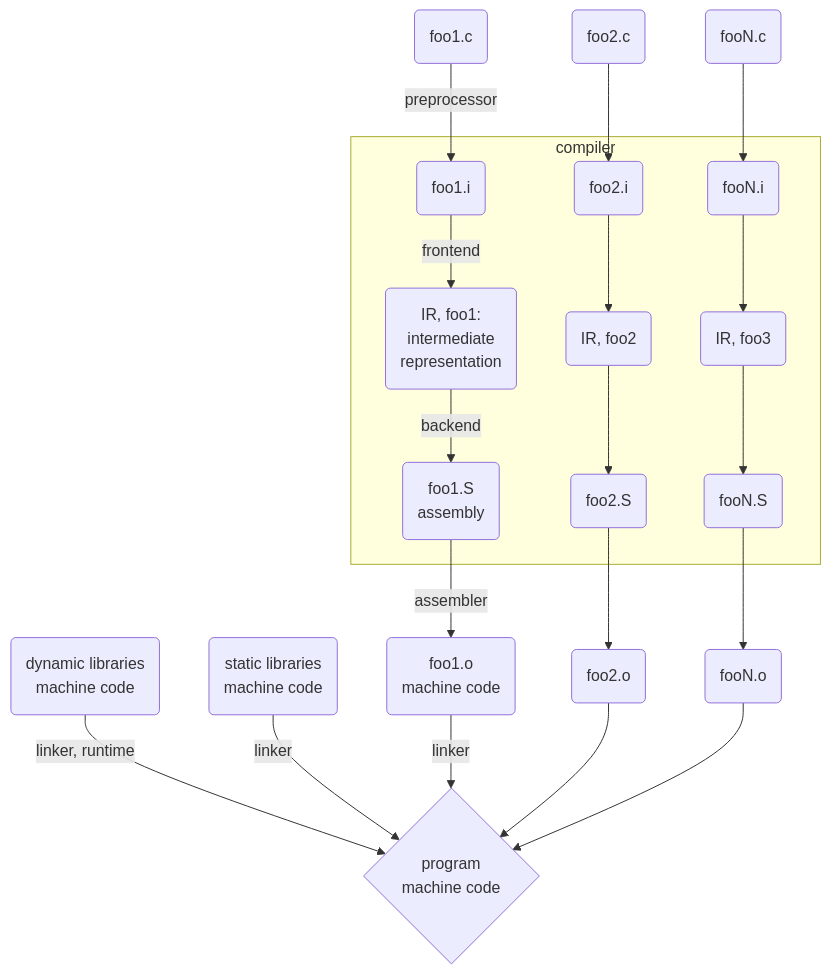
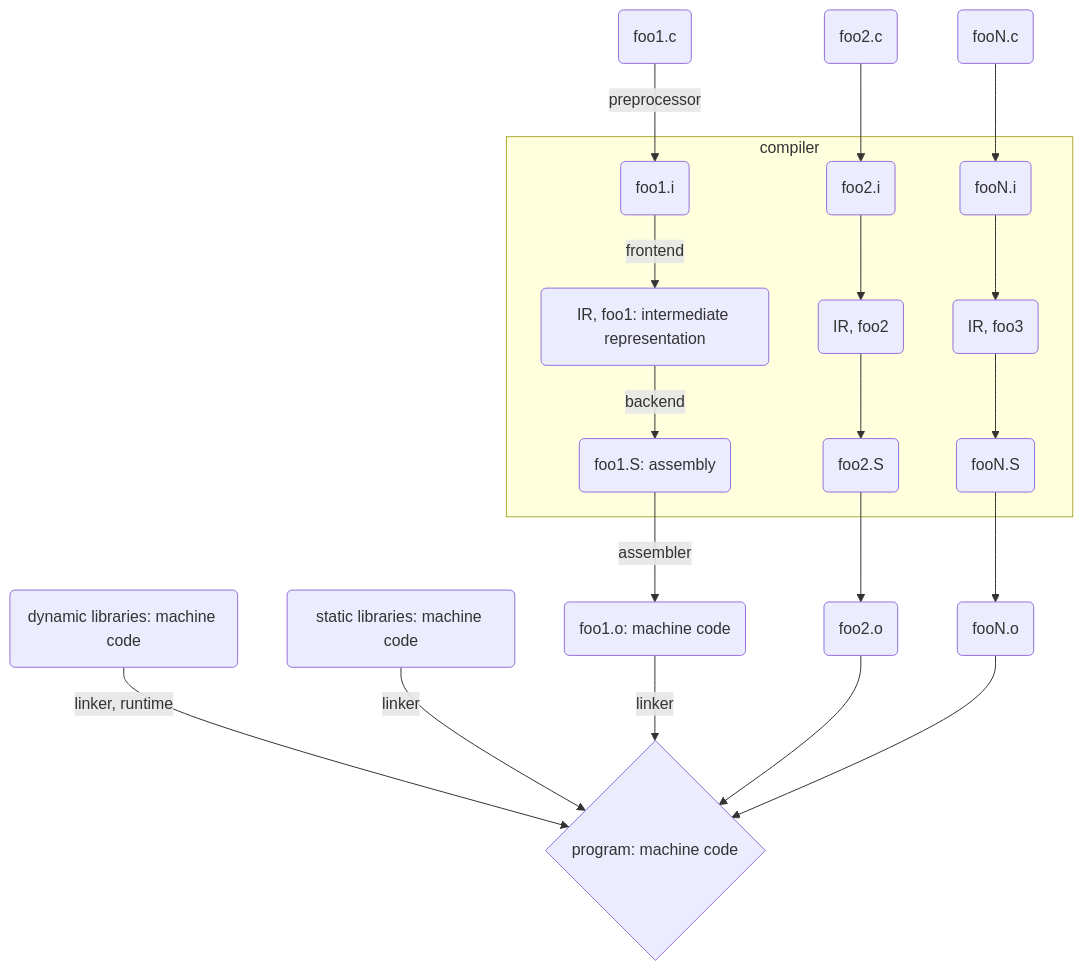
Before and after one commit to luamfb/intro_x86-64: the third of 3 diagrams in README.md, drawn with Mermaid. The commit also changed other lines of this file, not shown here.

First line of the commit message:
Fix References table and remove <br> in flowchart

````diff
--- a/README.md
+++ b/README.md
@@ -143,22 +143,22 @@
 ```mermaid
 graph TB
 c1(foo1.c) -- preprocessor --> pp1(foo1.i)
 c2(foo2.c) --> pp2(foo2.i)
 cN(fooN.c) --> ppN(fooN.i)
 subgraph compiler
-pp1 -- frontend --> ir1(IR, foo1: <br> intermediate <br> representation)
+pp1 -- frontend --> ir1(IR, foo1: intermediate representation)
 pp2 --> ir2(IR, foo2)
 ppN --> irN(IR, foo3)
-ir1 -- backend --> s1(foo1.S <br> assembly)
+ir1 -- backend --> s1(foo1.S: assembly)
 ir2 --> s2(foo2.S)
 irN --> sN(fooN.S)
 end
-s1 -- assembler --> o1(foo1.o <br> machine code)
+s1 -- assembler --> o1(foo1.o: machine code)
 s2 --> o2(foo2.o)
 sN --> oN(fooN.o)
-dl(dynamic libraries<br> machine code) -- linker, runtime --> p
-sl(static libraries<br> machine code) -- linker --> p{program<br> machine code}
+dl(dynamic libraries: machine code) -- linker, runtime --> p
+sl(static libraries: machine code) -- linker --> p{program: machine code}
 o1 -- linker --> p
 o2 --> p
 oN --> p
 ```
````
